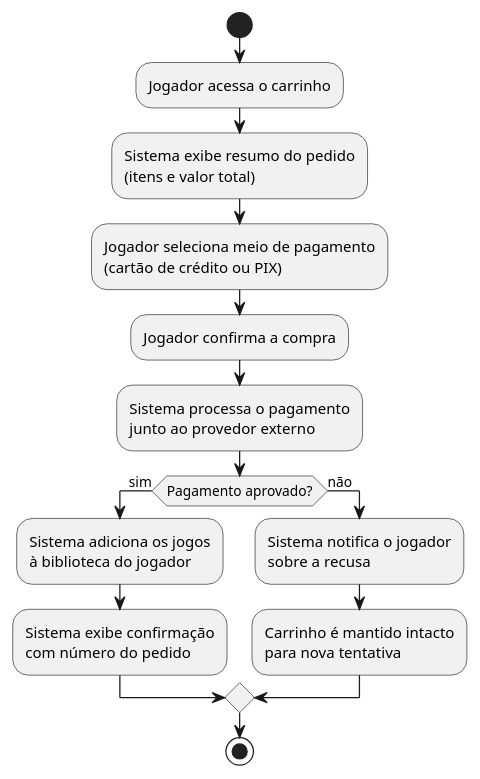
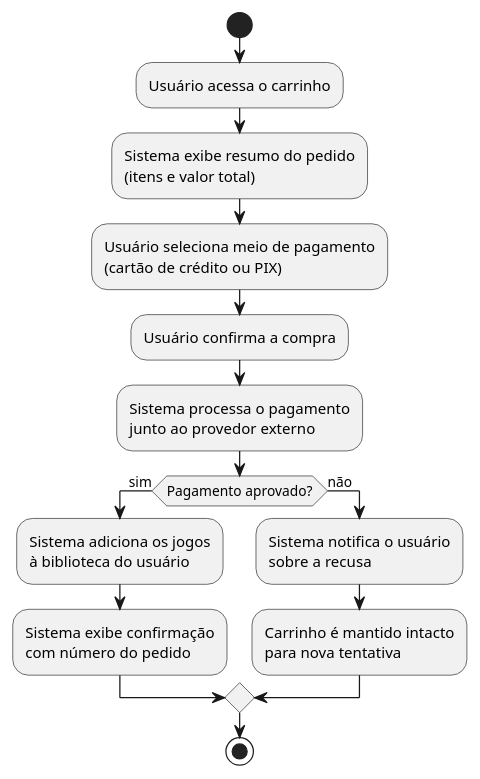
Before and after one commit to osantana/a3-ms: the fourth of 14 diagrams in projeto-vapor.adoc, drawn with PlantUML. The commit also changed other lines of this file and 33 other files, not shown here.

```diff
--- a/projeto-vapor.adoc
+++ b/projeto-vapor.adoc
@@ -536,19 +516,19 @@
 [plantuml, pdfwidth=60%]
 ----
 @startuml
 start
-:Jogador acessa o carrinho;
+:Usuário acessa o carrinho;
 :Sistema exibe resumo do pedido\n(itens e valor total);
-:Jogador seleciona meio de pagamento\n(cartão de crédito ou PIX);
-:Jogador confirma a compra;
+:Usuário seleciona meio de pagamento\n(cartão de crédito ou PIX);
+:Usuário confirma a compra;
 :Sistema processa o pagamento\njunto ao provedor externo;
 if (Pagamento aprovado?) then (sim)
-  :Sistema adiciona os jogos\nà biblioteca do jogador;
+  :Sistema adiciona os jogos\nà biblioteca do usuário;
   :Sistema exibe confirmação\ncom número do pedido;
 else (não)
-  :Sistema notifica o jogador\nsobre a recusa;
+  :Sistema notifica o usuário\nsobre a recusa;
   :Carrinho é mantido intacto\npara nova tentativa;
 endif
 stop
 @enduml
 ----
```
